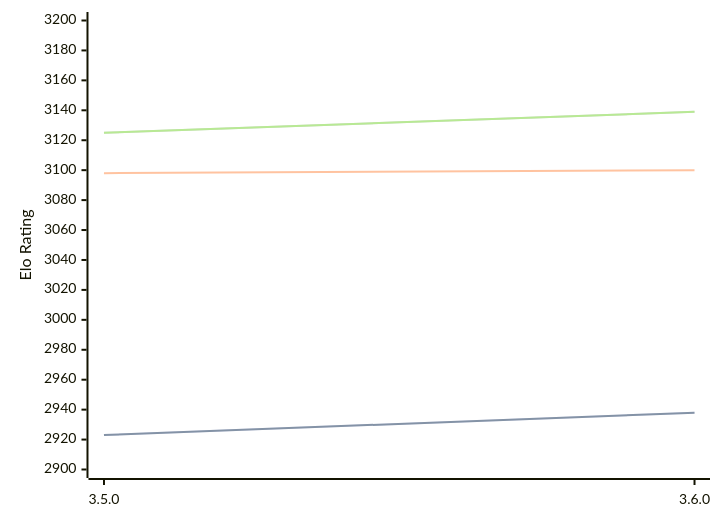
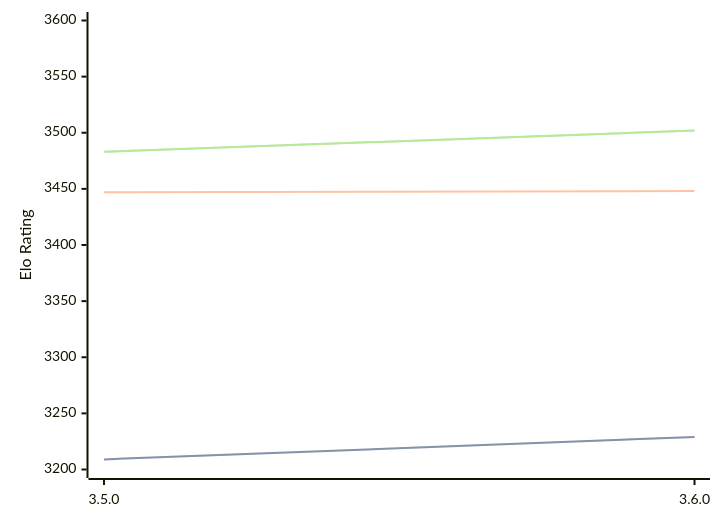
Before and after one commit to computer-chess-index/cci: the diagram in engines/Igel.md, drawn with Mermaid. The commit also changed other lines of this file, not shown here.

Commit message:
Update CCI Ratings (ELO VLTC) - 2026-02-24

````diff
--- a/engines/Igel.md
+++ b/engines/Igel.md
@@ -65,11 +66,11 @@
 ```mermaid
 %%{init: {"theme":"base","themeVariables":{"seriesColors:['#a3a3a3','#222221','#faa371']}}}%%
 xychart-beta
   x-axis ["3.5.0", "3.6.0"]
-  y-axis "Elo Rating" 2900 --> 3200
-  line "STC (8.0+0.08s)" [2923, 2938]
-  line "STC (8.0+0.08s)" [2923, 2938]
-  line "LTC (60.0+0.60s)" [3098, 3100]
-  line "VLTC (2m24s+1.12s)" [3125, 3139]
-  line "VLTC (2m24s+1.12s)" [3125, 3139]
+  y-axis "Elo Rating" 3200 --> 3600
+  line "STC (8.0+0.08s)" [3209, 3229]
+  line "STC (8.0+0.08s)" [3209, 3229]
+  line "LTC (60.0+0.60s)" [3447, 3448]
+  line "VLTC (2m24s+1.12s)" [3483, 3502]
+  line "VLTC (2m24s+1.12s)" [3483, 3502]
 ```
````
